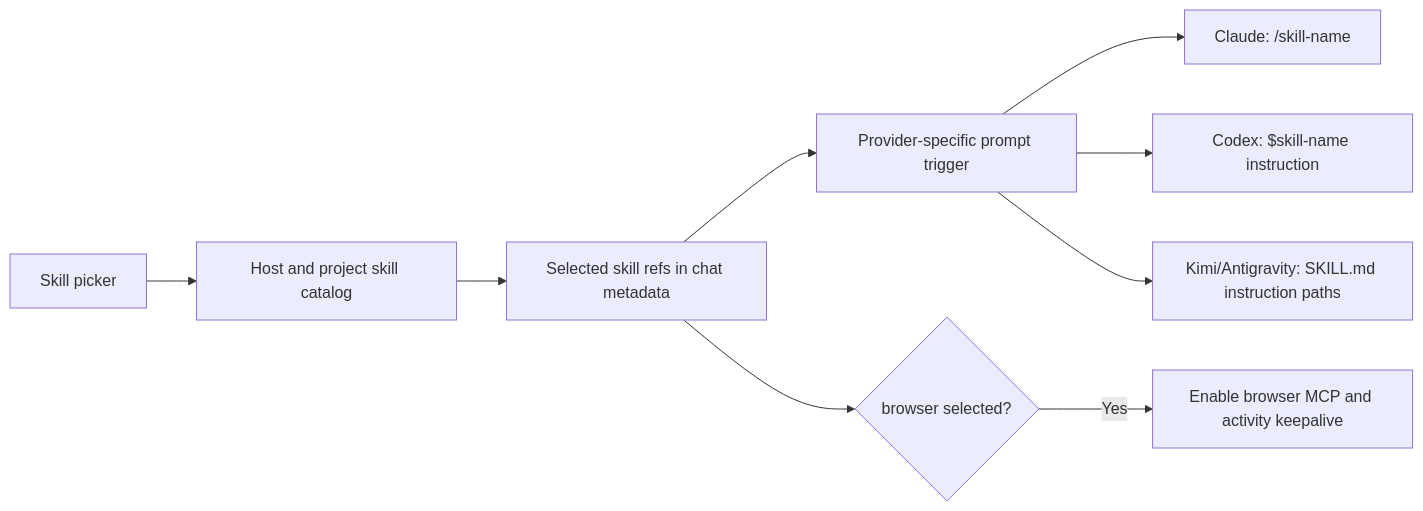
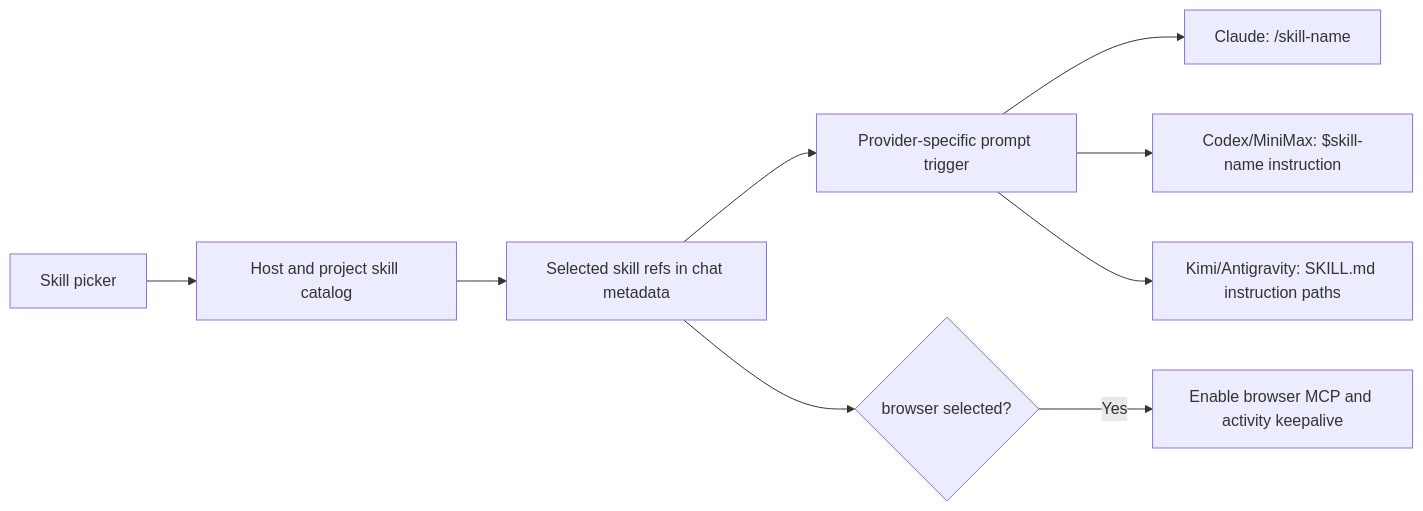
Before and after one commit to AbdallahMohamedDotnet/remote.futrx: the fifth of 5 diagrams in docs/02-workspaces/04-chat-and-agents.md, drawn with Mermaid. The commit also changed other lines of this file and 45 other files, not shown here.

````diff
--- a/docs/02-workspaces/04-chat-and-agents.md
+++ b/docs/02-workspaces/04-chat-and-agents.md
@@ -298,11 +302,11 @@
 ```mermaid
 flowchart LR
     Picker["Skill picker"] --> Catalog["Host and project skill catalog"]
     Catalog --> Selected["Selected skill refs in chat metadata"]
     Selected --> Trigger["Provider-specific prompt trigger"]
     Trigger --> Claude["Claude: /skill-name"]
-    Trigger --> Codex["Codex: $skill-name instruction"]
+    Trigger --> Codex["Codex/MiniMax: $skill-name instruction"]
     Trigger --> Other["Kimi/Antigravity: SKILL.md instruction paths"]
     Selected --> Browser{"browser selected?"}
     Browser -->|"Yes"| MCP["Enable browser MCP and activity keepalive"]
 ```
````
